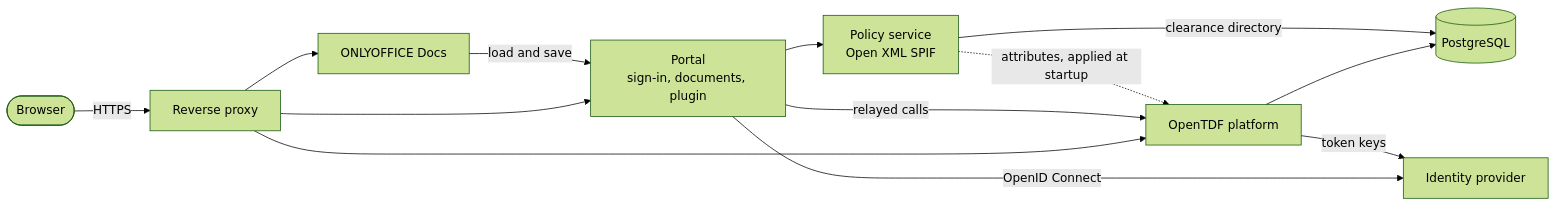
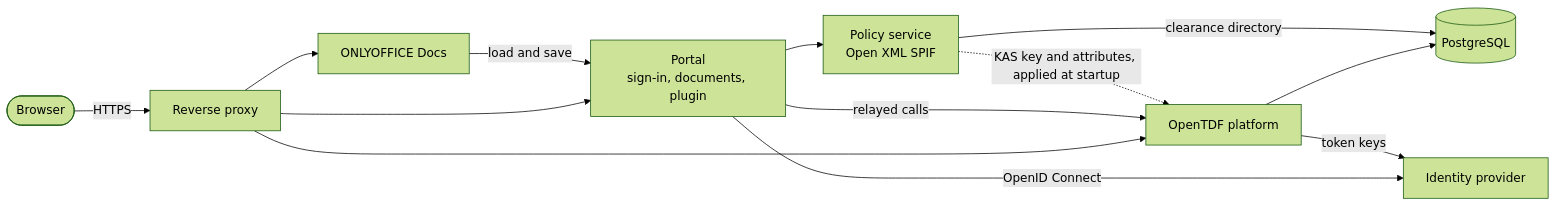
Before and after one commit to linagora/dcs-onlyoffice: the diagram in README.md, drawn with Mermaid (forest theme). The commit also changed other lines of this file and 2 other files, not shown here.

First line of the commit message:
docs: Document the hybrid KAS key and the registry's root key

````diff
--- a/README.md
+++ b/README.md
@@ -74,15 +75,15 @@
 ```mermaid
 flowchart LR
   user([Browser]) -->|HTTPS| proxy[Reverse proxy]
   proxy --> portal[Portal<br/>sign-in, documents, plugin]
   proxy --> docs[ONLYOFFICE Docs]
   proxy --> tdf[OpenTDF platform]
   portal --> policy[Policy service<br/>Open XML SPIF]
   portal -->|relayed calls| tdf
   docs -->|load and save| portal
   portal -->|OpenID Connect| idp[Identity provider]
   tdf -->|token keys| idp
   tdf --> db[(PostgreSQL)]
   policy -->|clearance directory| db
-  policy -.->|attributes, applied at startup| tdf
+  policy -.->|KAS key and attributes, applied at startup| tdf
 ```
````
